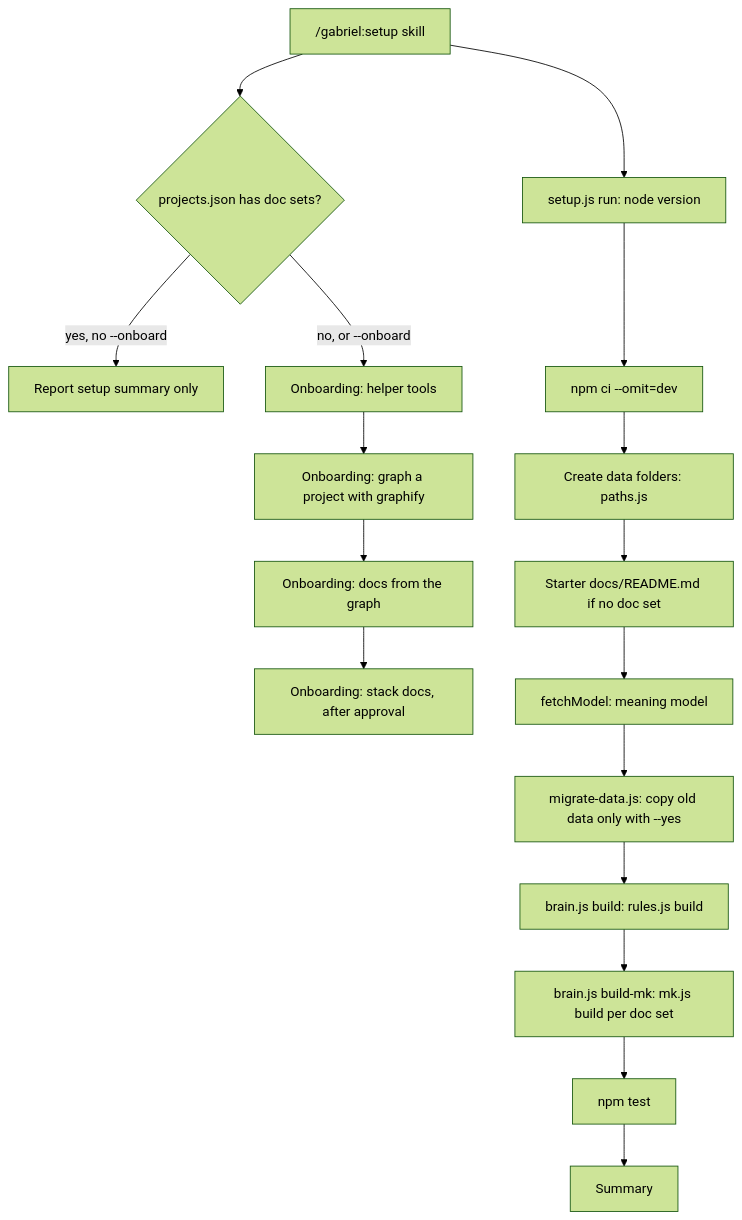
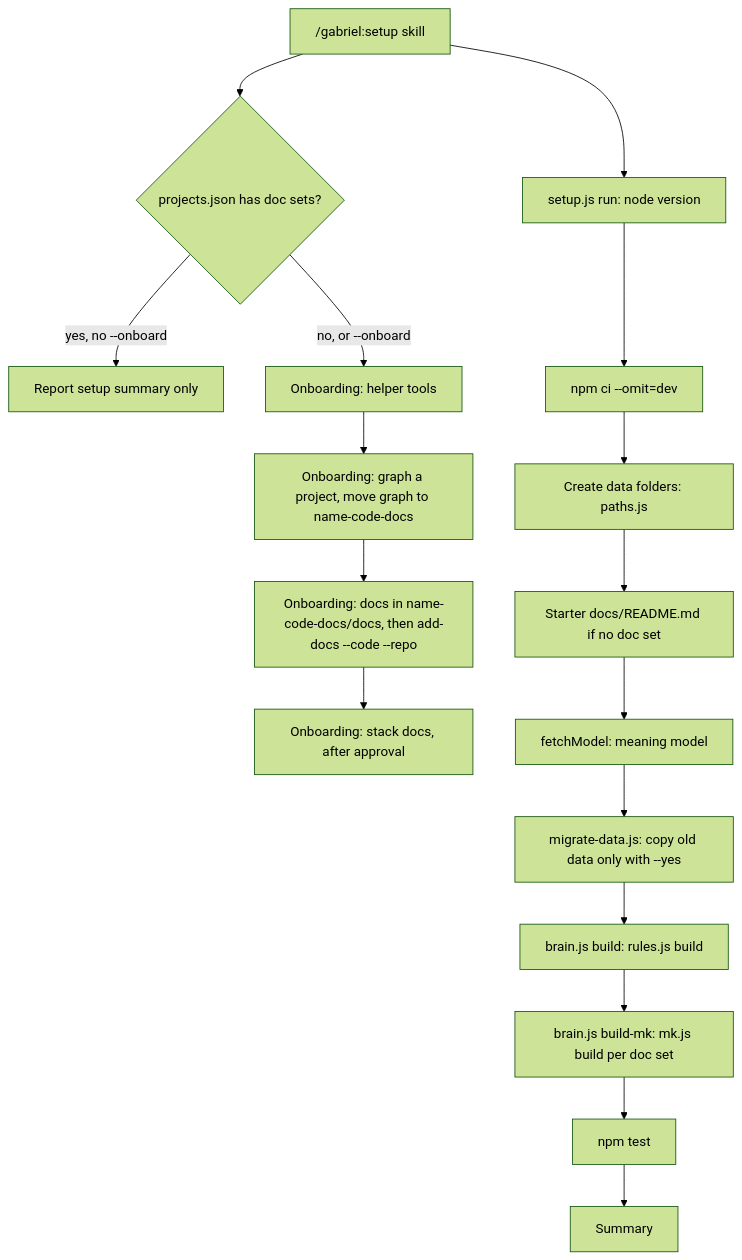
Before and after one commit to ThanhNVan/gabriel-plugin: the diagram in repo-docs/business/workflows/W02-first-setup-and-onboarding.md, drawn with Mermaid (forest theme). The commit also changed other lines of this file and 73 other files, not shown here.

````diff
--- a/repo-docs/business/workflows/W02-first-setup-and-onboarding.md
+++ b/repo-docs/business/workflows/W02-first-setup-and-onboarding.md
@@ -29,19 +29,19 @@
 ```mermaid
 flowchart TD
   A["/gabriel:setup skill"] --> B{"projects.json has doc sets?"}
   B -- "yes, no --onboard" --> Z["Report setup summary only"]
   B -- "no, or --onboard" --> O1["Onboarding: helper tools"]
   A --> S1["setup.js run: node version"]
   S1 --> S2["npm ci --omit=dev"]
   S2 --> S3["Create data folders: paths.js"]
   S3 --> S4["Starter docs/README.md if no doc set"]
   S4 --> S5["fetchModel: meaning model"]
   S5 --> S6["migrate-data.js: copy old data only with --yes"]
   S6 --> S7["brain.js build: rules.js build"]
   S7 --> S8["brain.js build-mk: mk.js build per doc set"]
   S8 --> S9["npm test"]
   S9 --> S10["Summary"]
-  O1 --> O2["Onboarding: graph a project with graphify"]
-  O2 --> O3["Onboarding: docs from the graph"]
+  O1 --> O2["Onboarding: graph a project, move graph to name-code-docs"]
+  O2 --> O3["Onboarding: docs in name-code-docs/docs, then add-docs --code --repo"]
   O3 --> O4["Onboarding: stack docs, after approval"]
 ```
````
